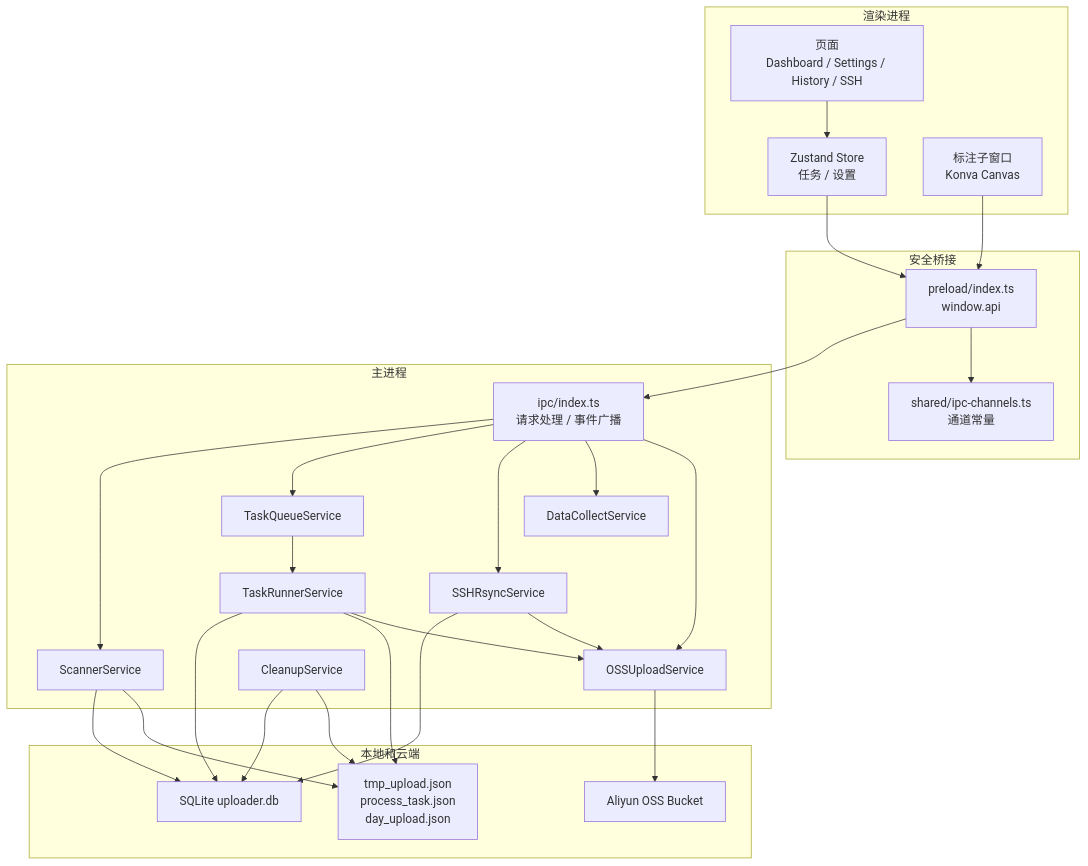
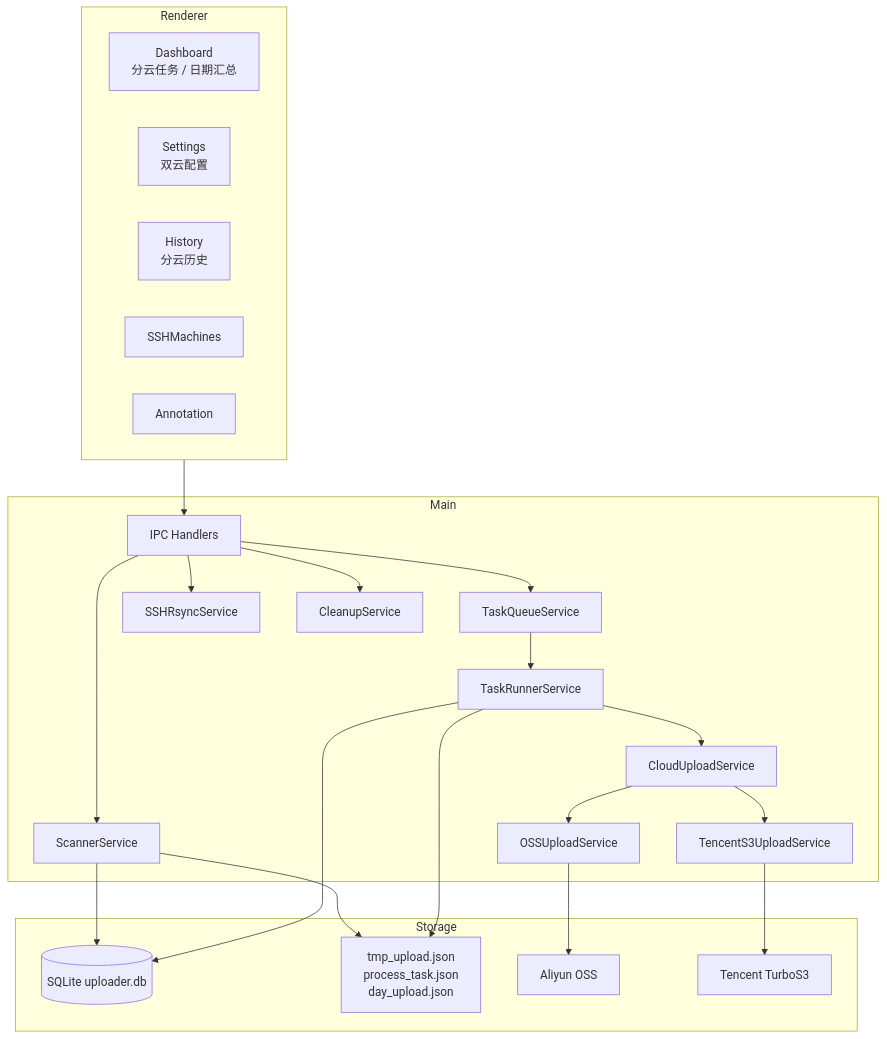
One commit to MzKyle/Auto-Upload-Studio changed the diagram in docs/architecture/README.md. Above: the diagram before and after it, drawn with Mermaid. The commit also changed other lines of this file and 33 other files, not shown here.

````diff
--- a/docs/architecture/README.md
+++ b/docs/architecture/README.md
@@ -9,50 +7,43 @@
 ```mermaid
 graph TB
-    subgraph Renderer["渲染进程"]
-      Pages["页面<br/>Dashboard / Settings / History / SSH"]
-      Store["Zustand Store<br/>任务 / 设置"]
-      Annotation["标注子窗口<br/>Konva Canvas"]
-    end
+  subgraph Renderer["Renderer"]
+    Dashboard["Dashboard<br/>分云任务 / 日期汇总"]
+    Settings["Settings<br/>双云配置"]
+    History["History<br/>分云历史"]
+    Remote["SSHMachines"]
+    Annotation["Annotation"]
+  end
+  subgraph Main["Main"]
+    IPC["IPC Handlers"]
+    Scanner["ScannerService"]
+    Queue["TaskQueueService"]
+    Runner["TaskRunnerService"]
+    Cloud["CloudUploadService"]
+    Ali["OSSUploadService"]
+    Tencent["TencentS3UploadService"]
+    SSH["SSHRsyncService"]
+    Cleanup["CleanupService"]
+  end
+  subgraph Storage["Storage"]
+    DB[("SQLite uploader.db")]
+    Marker["tmp_upload.json<br/>process_task.json<br/>day_upload.json"]
+    Aliyun["Aliyun OSS"]
+    Turbo["Tencent TurboS3"]
+  end
 
-    subgraph Bridge["安全桥接"]
-      Preload["preload/index.ts<br/>window.api"]
-      Channels["shared/ipc-channels.ts<br/>通道常量"]
-    end
-
-    subgraph Main["主进程"]
-      IPC["ipc/index.ts<br/>请求处理 / 事件广播"]
-      Scanner["ScannerService"]
-      Queue["TaskQueueService"]
-      Runner["TaskRunnerService"]
-      OSS["OSSUploadService"]
-      SSH["SSHRsyncService"]
-      DataCollect["DataCollectService"]
-      Cleanup["CleanupService"]
-    end
-
-    subgraph Storage["本地和云端"]
-      DB["SQLite uploader.db"]
-      Marker["tmp_upload.json<br/>process_task.json<br/>day_upload.json"]
-      Cloud["Aliyun OSS Bucket"]
-    end
-
-    Pages --> Store --> Preload --> IPC
-    Annotation --> Preload
-    Preload --> Channels
-    IPC --> Scanner
-    IPC --> Queue
-    IPC --> SSH
-    IPC --> DataCollect
-    IPC --> OSS
-    Scanner --> DB
-    Scanner --> Marker
-    Queue --> Runner
-    Runner --> DB
-    Runner --> Marker
-    Runner --> OSS
-    SSH --> DB
-    SSH --> OSS
-    Cleanup --> DB
-    Cleanup --> Marker
-    OSS --> Cloud
+  Renderer --> IPC
+  IPC --> Scanner
+  IPC --> Queue
+  IPC --> SSH
+  IPC --> Cleanup
+  Queue --> Runner
+  Runner --> Cloud
+  Cloud --> Ali
+  Cloud --> Tencent
+  Ali --> Aliyun
+  Tencent --> Turbo
+  Scanner --> DB
+  Runner --> DB
+  Scanner --> Marker
+  Runner --> Marker
 ```
````
